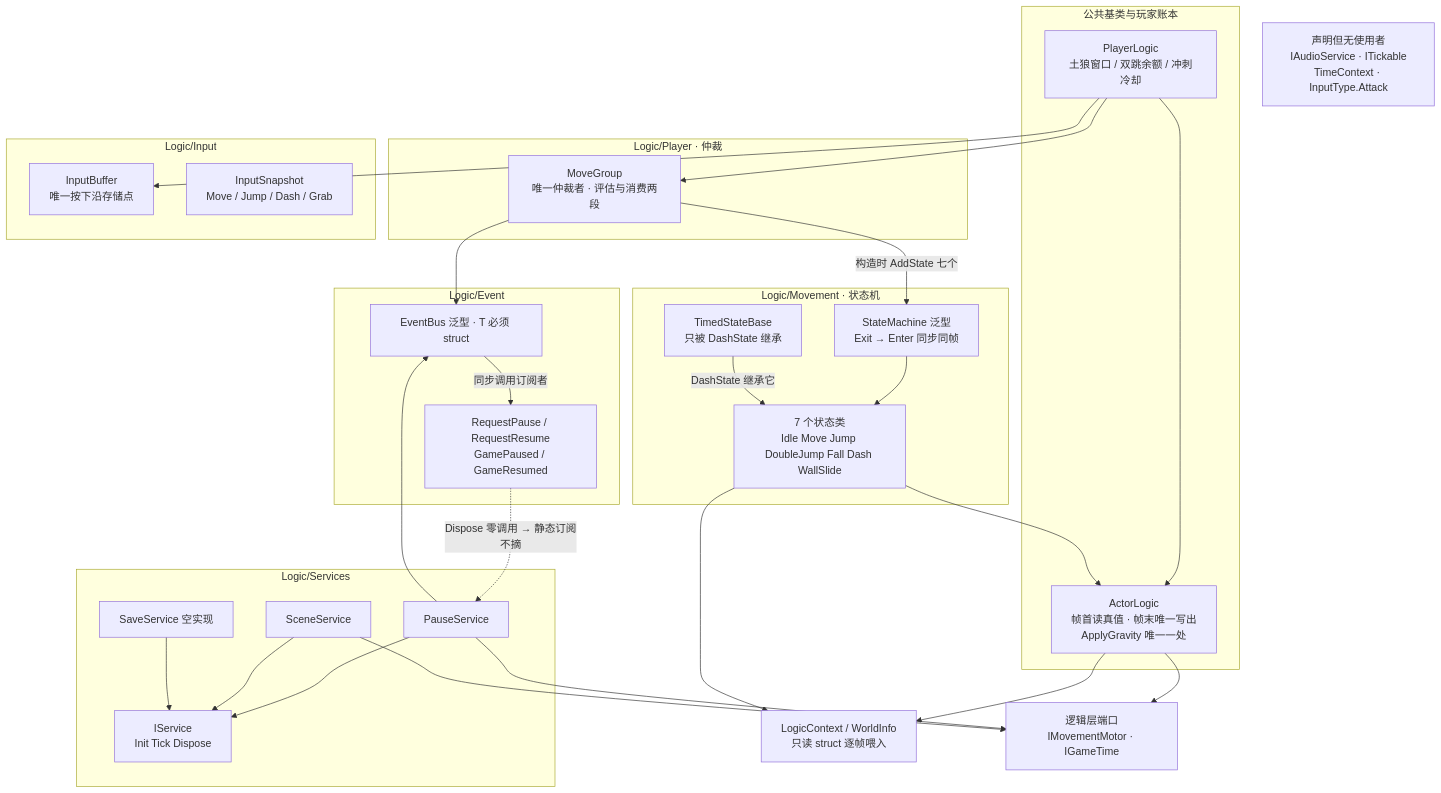
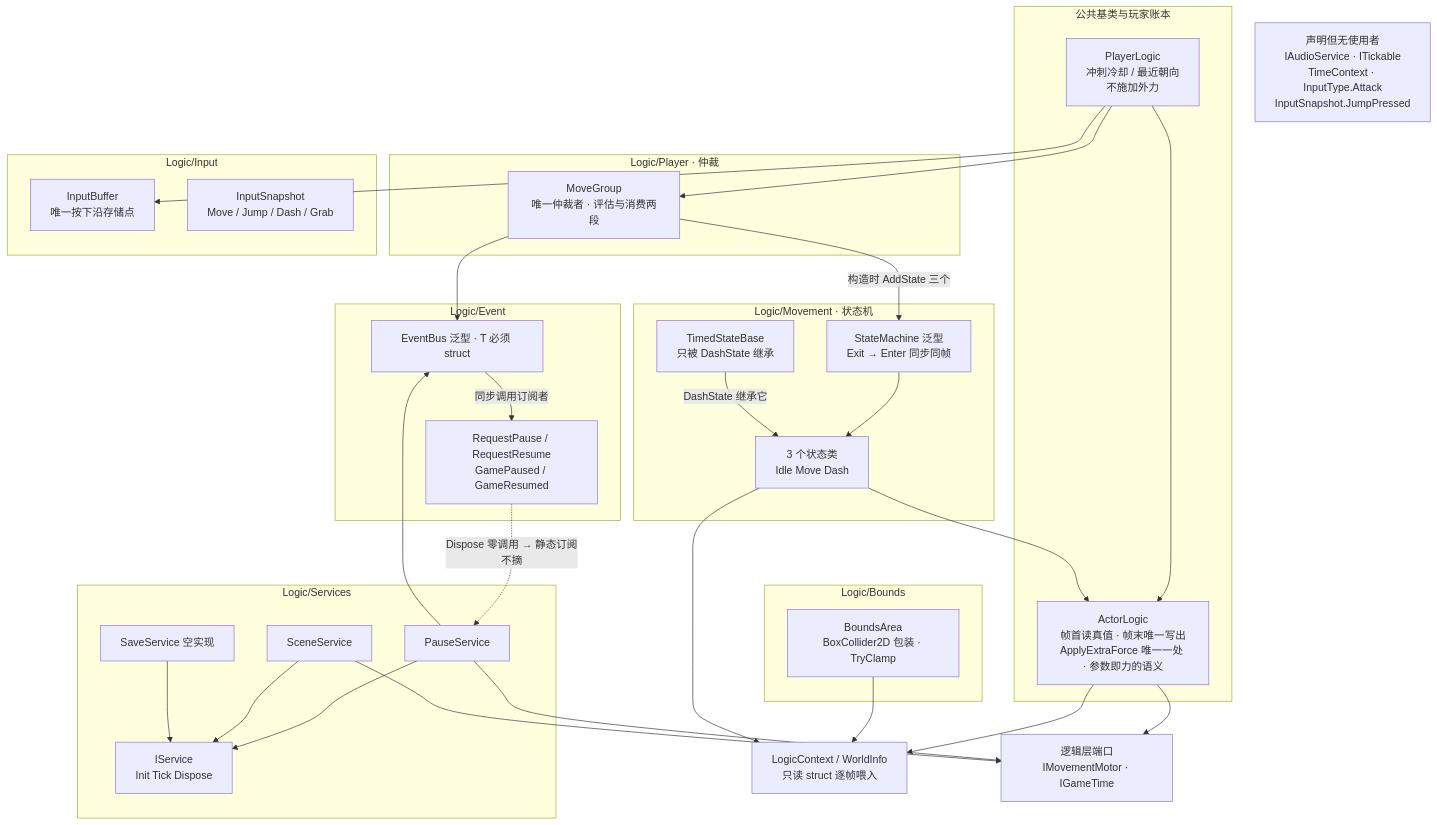
The third of 16 diagrams in Docs/架构图集.md (5FYZhou/deepseaoil), drawn with Mermaid before and after one commit. The commit also changed other lines of this file and 47 other files, not shown here.

````diff
--- a/Docs/架构图集.md
+++ b/Docs/架构图集.md
@@ -129,51 +129,55 @@
 ```mermaid
 flowchart TD
   subgraph ENT["公共基类与玩家账本"]
-    AL["ActorLogic<br/>帧首读真值 · 帧末唯一写出<br/>ApplyGravity 唯一一处"]
-    PL["PlayerLogic<br/>土狼窗口 / 双跳余额 / 冲刺冷却"]
+    AL["ActorLogic<br/>帧首读真值 · 帧末唯一写出<br/>ApplyExtraForce 唯一一处 · 参数即力的语义"]
+    PL["PlayerLogic<br/>冲刺冷却 / 最近朝向<br/>不施加外力"]
   end
   subgraph ARB["Logic/Player · 仲裁"]
     MG["MoveGroup<br/>唯一仲裁者 · 评估与消费两段"]
   end
   subgraph FSM["Logic/Movement · 状态机"]
     SM["StateMachine 泛型<br/>Exit → Enter 同步同帧"]
-    ST["7 个状态类<br/>Idle Move Jump DoubleJump Fall Dash WallSlide"]
+    ST["3 个状态类<br/>Idle Move Dash"]
     TSB["TimedStateBase<br/>只被 DashState 继承"]
   end
   subgraph INP["Logic/Input"]
     IB["InputBuffer<br/>唯一按下沿存储点"]
     ISN["InputSnapshot<br/>Move / Jump / Dash / Grab"]
+  end
+  subgraph BND["Logic/Bounds"]
+    BA["BoundsArea<br/>BoxCollider2D 包装 · TryClamp"]
   end
   subgraph SVC["Logic/Services"]
     ISI["IService<br/>Init Tick Dispose"]
     PS["PauseService"]
     SS["SceneService"]
     SV2["SaveService 空实现"]
   end
   subgraph EVT["Logic/Event"]
     EB["EventBus 泛型 · T 必须 struct"]
     EV["RequestPause / RequestResume<br/>GamePaused / GameResumed"]
   end
   LC["LogicContext / WorldInfo<br/>只读 struct 逐帧喂入"]
   PORT["逻辑层端口<br/>IMovementMotor · IGameTime"]
-  DEAD["声明但无使用者<br/>IAudioService · ITickable<br/>TimeContext · InputType.Attack"]
+  DEAD["声明但无使用者<br/>IAudioService · ITickable<br/>TimeContext · InputType.Attack<br/>InputSnapshot.JumpPressed"]
   PL --> AL
   PL --> MG
   PL --> IB
-  MG -->|"构造时 AddState 七个"| SM
+  MG -->|"构造时 AddState 三个"| SM
   SM --> ST
   ST --> AL
   TSB -->|"DashState 继承它"| ST
   AL --> LC
+  BA --> LC
   AL --> PORT
   ST --> LC
   MG --> EB
   EB -->|"同步调用订阅者"| EV
   PS --> EB
   PS --> ISI
   SS --> ISI
   SV2 --> ISI
   PS --> PORT
   SS --> PORT
   EV -.->|"Dispose 零调用 → 静态订阅不摘"| PS
 ```
````
